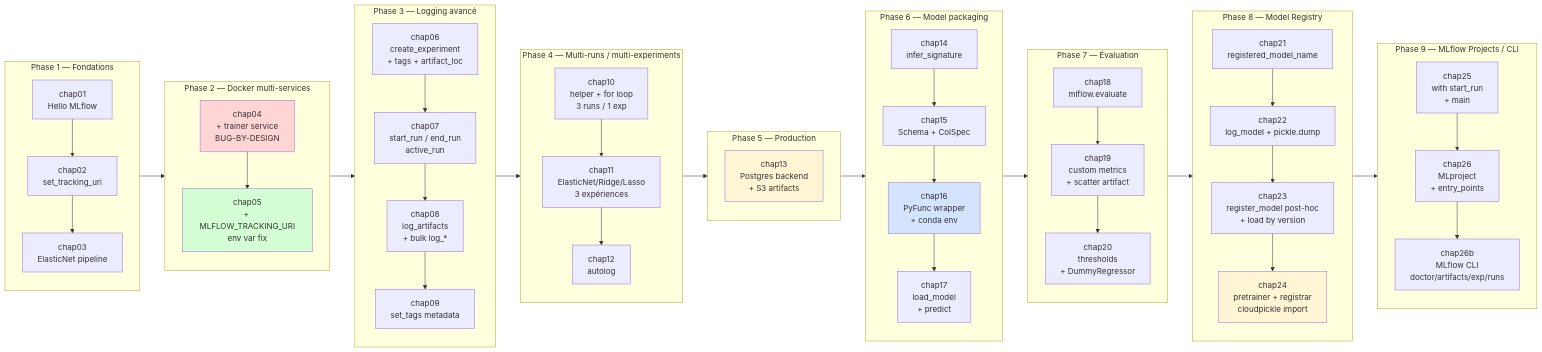
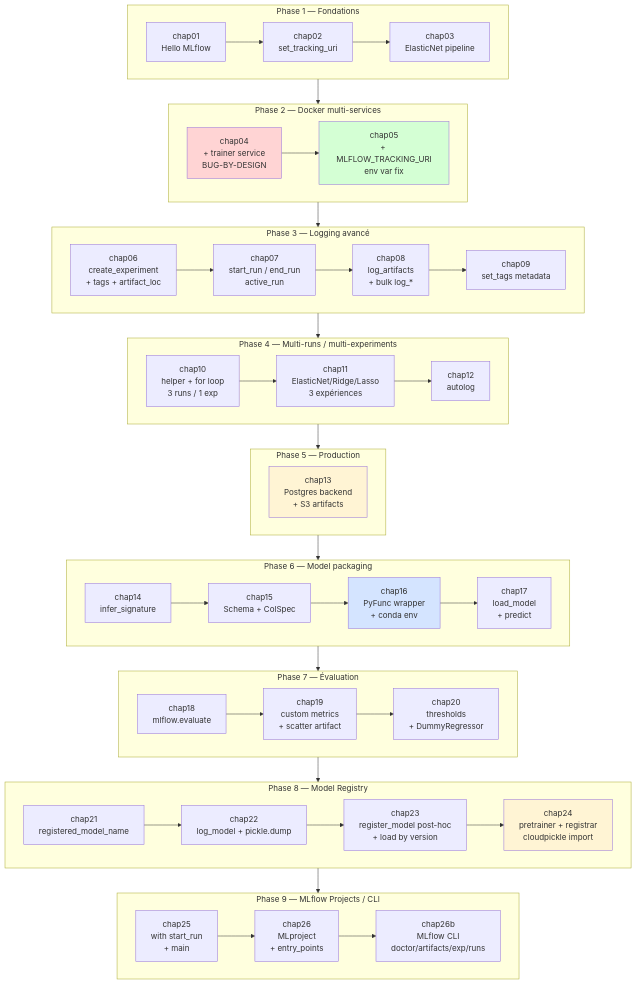
The first of 13 diagrams in EVOLUTION-CHAP01-CHAP26B.md (inskillflow/complete-mlops-pipeline-fastapi-streamlit-docker-en), drawn with Mermaid before and after one commit. The commit also changed other lines of this file, not shown here.

Commit message:
chore: update files 2026-05-11 23:38:39

````diff
--- a/EVOLUTION-CHAP01-CHAP26B.md
+++ b/EVOLUTION-CHAP01-CHAP26B.md
@@ -9,73 +9,55 @@
 ```mermaid
-flowchart LR
+flowchart TB
     subgraph P1["Phase 1 — Fondations"]
-        direction TB
-        c01[chap01<br/>Hello MLflow]
-        c02[chap02<br/>set_tracking_uri]
-        c03[chap03<br/>ElasticNet pipeline]
+        direction LR
+        c01[chap01<br/>Hello MLflow] --> c02[chap02<br/>set_tracking_uri] --> c03[chap03<br/>ElasticNet pipeline]
     end
 
     subgraph P2["Phase 2 — Docker multi-services"]
-        direction TB
-        c04[chap04<br/>+ trainer service<br/>BUG-BY-DESIGN]
-        c05[chap05<br/>+ MLFLOW_TRACKING_URI<br/>env var fix]
+        direction LR
+        c04[chap04<br/>+ trainer service<br/>BUG-BY-DESIGN] --> c05[chap05<br/>+ MLFLOW_TRACKING_URI<br/>env var fix]
     end
 
     subgraph P3["Phase 3 — Logging avancé"]
-        direction TB
-        c06[chap06<br/>create_experiment<br/>+ tags + artifact_loc]
-        c07[chap07<br/>start_run / end_run<br/>active_run]
-        c08[chap08<br/>log_artifacts<br/>+ bulk log_*]
-        c09[chap09<br/>set_tags metadata]
+        direction LR
+        c06[chap06<br/>create_experiment<br/>+ tags + artifact_loc] --> c07[chap07<br/>start_run / end_run<br/>active_run] --> c08[chap08<br/>log_artifacts<br/>+ bulk log_*] --> c09[chap09<br/>set_tags metadata]
     end
 
     subgraph P4["Phase 4 — Multi-runs / multi-experiments"]
-        direction TB
-        c10[chap10<br/>helper + for loop<br/>3 runs / 1 exp]
-        c11[chap11<br/>ElasticNet/Ridge/Lasso<br/>3 expériences]
-        c12[chap12<br/>autolog]
+        direction LR
+        c10[chap10<br/>helper + for loop<br/>3 runs / 1 exp] --> c11[chap11<br/>ElasticNet/Ridge/Lasso<br/>3 expériences] --> c12[chap12<br/>autolog]
     end
 
     subgraph P5["Phase 5 — Production"]
-        direction TB
+        direction LR
         c13[chap13<br/>Postgres backend<br/>+ S3 artifacts]
     end
 
     subgraph P6["Phase 6 — Model packaging"]
-        direction TB
-        c14[chap14<br/>infer_signature]
-        c15[chap15<br/>Schema + ColSpec]
-        c16[chap16<br/>PyFunc wrapper<br/>+ conda env]
-        c17[chap17<br/>load_model<br/>+ predict]
+        direction LR
+        c14[chap14<br/>infer_signature] --> c15[chap15<br/>Schema + ColSpec] --> c16[chap16<br/>PyFunc wrapper<br/>+ conda env] --> c17[chap17<br/>load_model<br/>+ predict]
     end
 
     subgraph P7["Phase 7 — Évaluation"]
-        direction TB
-        c18[chap18<br/>mlflow.evaluate]
-        c19[chap19<br/>custom metrics<br/>+ scatter artifact]
-        c20[chap20<br/>thresholds<br/>+ DummyRegressor]
+        direction LR
+        c18[chap18<br/>mlflow.evaluate] --> c19[chap19<br/>custom metrics<br/>+ scatter artifact] --> c20[chap20<br/>thresholds<br/>+ DummyRegressor]
     end
 
     subgraph P8["Phase 8 — Model Registry"]
-        direction TB
-        c21[chap21<br/>registered_model_name]
-        c22[chap22<br/>log_model + pickle.dump]
-        c23[chap23<br/>register_model post-hoc<br/>+ load by version]
-        c24[chap24<br/>pretrainer + registrar<br/>cloudpickle import]
+        direction LR
+        c21[chap21<br/>registered_model_name] --> c22[chap22<br/>log_model + pickle.dump] --> c23[chap23<br/>register_model post-hoc<br/>+ load by version] --> c24[chap24<br/>pretrainer + registrar<br/>cloudpickle import]
     end
 
     subgraph P9["Phase 9 — MLflow Projects / CLI"]
-        direction TB
-        c25[chap25<br/>with start_run<br/>+ main]
-        c26[chap26<br/>MLproject<br/>+ entry_points]
-        c26b[chap26b<br/>MLflow CLI<br/>doctor/artifacts/exp/runs]
+        direction LR
+        c25[chap25<br/>with start_run<br/>+ main] --> c26[chap26<br/>MLproject<br/>+ entry_points] --> c26b[chap26b<br/>MLflow CLI<br/>doctor/artifacts/exp/runs]
     end
 
-    c01 --> c02 --> c03 --> c04 --> c05 --> c06 --> c07 --> c08 --> c09 --> c10 --> c11 --> c12 --> c13 --> c14 --> c15 --> c16 --> c17 --> c18 --> c19 --> c20 --> c21 --> c22 --> c23 --> c24 --> c25 --> c26 --> c26b
+    P1 --> P2 --> P3 --> P4 --> P5 --> P6 --> P7 --> P8 --> P9
 
     style c04 fill:#ffd4d4
     style c05 fill:#d4ffd4
     style c13 fill:#fff4d4
     style c16 fill:#d4e4ff
     style c24 fill:#fff4d4
 ```
````
